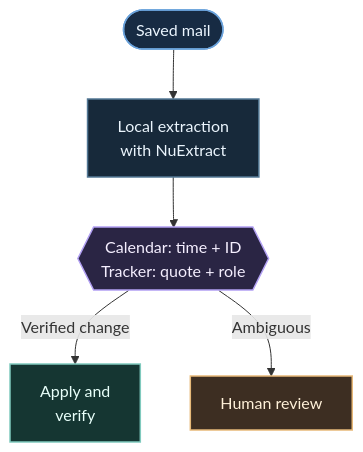
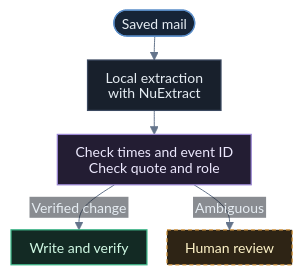
The diagram in diagrams/email-compact.mmd (kazuall/finance-process-portfolio), drawn with Mermaid before and after one commit. The commit also changed 12 other files, not shown here.

```diff
--- a/diagrams/email-compact.mmd
+++ b/diagrams/email-compact.mmd
@@ -1,10 +1,35 @@
+---
+config:
+  theme: base
+  htmlLabels: false
+  themeVariables:
+    darkMode: true
+    background: transparent
+    fontFamily: 'Inter, -apple-system, BlinkMacSystemFont, Segoe UI, sans-serif'
+    fontSize: '14px'
+    primaryTextColor: '#e6edf3'
+    lineColor: '#64748b'
+    textColor: '#e6edf3'
+    edgeLabelBackground: '#141a24'
+    clusterBkg: '#141a24'
+    clusterBorder: '#303d52'
+  flowchart:
+    htmlLabels: false
+    useMaxWidth: false
+    nodeSpacing: 20
+    rankSpacing: 24
+    padding: 9
+    diagramPadding: 10
+    curve: basis
+  themeCSS: 'text{font-family: Inter, "Segoe UI", Arial, sans-serif;}.node rect.label-container{rx:8px;ry:8px}.cluster rect{rx:8px;ry:8px}.edgeLabel .labelBkg{fill:#141a24 !important}.edgeLabel text{fill:#c5d2e4 !important}.cluster-label text{fill:#c5d2e4 !important;font-weight:600}'
+---
 flowchart TB
-  mail(["Saved mail"]):::feed --> extract["Local extraction<br/>with NuExtract"]:::data
-  extract --> verify{{"Calendar: time + ID<br/>Tracker: quote + role"}}:::check
-  verify -->|Verified change| write["Apply and<br/>verify"]:::confirmed
-  verify -->|Ambiguous| review["Human review"]:::review
-  classDef feed fill:#172b43,stroke:#6aa2db,stroke-width:1.5px,color:#ecf6ff
-  classDef data fill:#17293a,stroke:#537895,stroke-width:1.5px,color:#ebf5fd
-  classDef check fill:#2a2544,stroke:#b2a0f3,stroke-width:1.5px,color:#f5efff
-  classDef review fill:#3d2e22,stroke:#e7b979,stroke-width:1.5px,color:#fff1d9
-  classDef confirmed fill:#153632,stroke:#80cabe,stroke-width:1.5px,color:#e8fffa
+  mail(["Saved mail"]):::source --> extract["Local extraction<br/>with NuExtract"]:::process
+  extract --> verify["Check times and event ID<br/>Check quote and role"]:::check
+  verify -->|Verified change| write["Write and verify"]:::output
+  verify -->|Ambiguous| review["Human review"]:::human
+  classDef source fill:#162436,stroke:#5b8ec9,color:#e6edf3,stroke-width:1.25px
+  classDef process fill:#18202c,stroke:#3b4960,color:#e6edf3,stroke-width:1.25px
+  classDef check fill:#231d33,stroke:#9b87d4,color:#ede9fe,stroke-width:1.25px
+  classDef human fill:#2e2415,stroke:#d99b43,color:#fef3c7,stroke-width:1.25px,stroke-dasharray:4 3
+  classDef output fill:#132a24,stroke:#3fb98b,color:#d1fae5,stroke-width:1.25px
```
